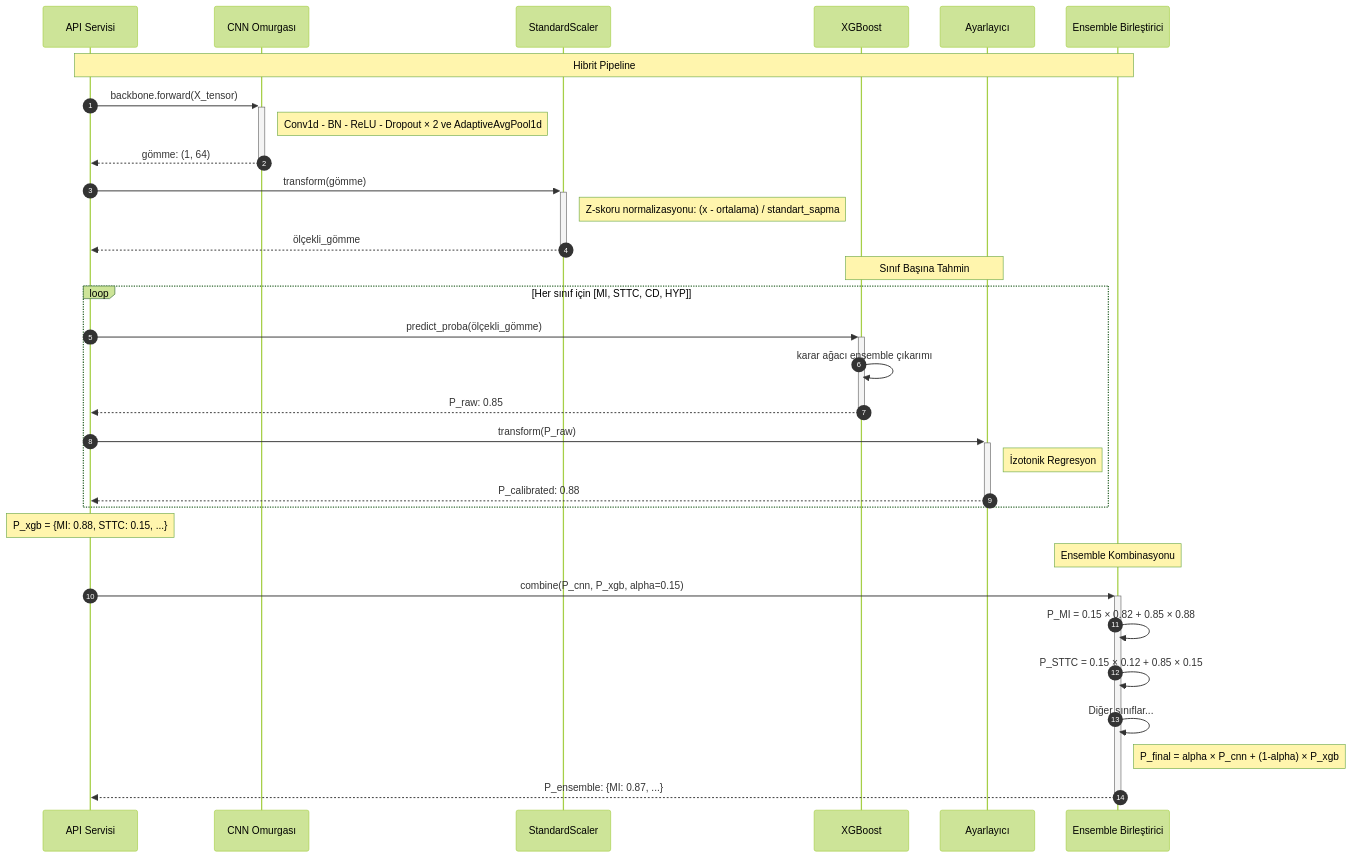
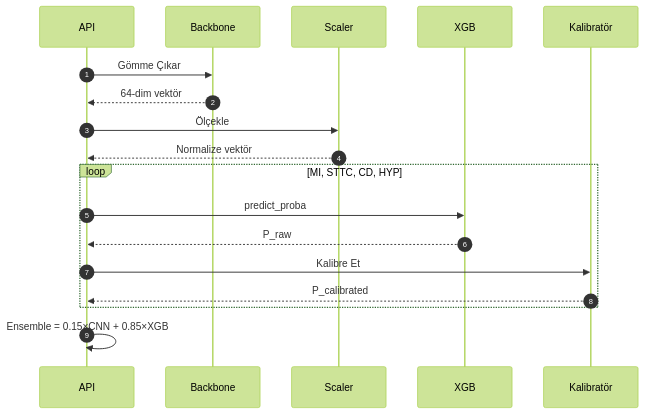
Before and after one commit to mUsaulug/CardioGuard-AI: the fourth of 10 diagrams in docs/diagrams/06_sequence_diagram.md, drawn with Mermaid (forest theme). The commit also changed other lines of this file and 3 other files, not shown here.

````diff
--- a/docs/diagrams/06_sequence_diagram.md
+++ b/docs/diagrams/06_sequence_diagram.md
@@ -283,46 +118,24 @@
 ```mermaid
 sequenceDiagram
     autonumber
+    participant API
+    participant Backbone
+    participant Scaler
+    participant XGB
+    participant Calib as Kalibratör
     
-    participant API as API Servisi
-    participant CNN as CNN Omurgası
-    participant Scaler as StandardScaler
-    participant XGB as XGBoost
-    participant Calib as Ayarlayıcı
-    participant Ensemble as Ensemble Birleştirici
+    API->>Backbone: Gömme Çıkar
+    Backbone-->>API: 64-dim vektör
     
-    Note over API, Ensemble: Hibrit Pipeline
+    API->>Scaler: Ölçekle
+    Scaler-->>API: Normalize vektör
     
-    API->>+CNN: backbone.forward(X_tensor)
-    Note right of CNN: Conv1d - BN - ReLU - Dropout × 2 ve AdaptiveAvgPool1d
-    CNN-->>-API: gömme: (1, 64)
-    
-    API->>+Scaler: transform(gömme)
-    Note right of Scaler: Z-skoru normalizasyonu: (x - ortalama) / standart_sapma
-    Scaler-->>-API: ölçekli_gömme
-    
-    Note over XGB, Calib: Sınıf Başına Tahmin
-    
-    loop Her sınıf için [MI, STTC, CD, HYP]
-        API->>+XGB: predict_proba(ölçekli_gömme)
-        XGB->>XGB: karar ağacı ensemble çıkarımı
-        XGB-->>-API: P_raw: 0.85
-        
-        API->>+Calib: transform(P_raw)
-        Note right of Calib: İzotonik Regresyon
-        Calib-->>-API: P_calibrated: 0.88
+    loop MI, STTC, CD, HYP
+        API->>XGB: predict_proba
+        XGB-->>API: P_raw
+        API->>Calib: Kalibre Et
+        Calib-->>API: P_calibrated
     end
     
-    Note over API: P_xgb = {MI: 0.88, STTC: 0.15, ...}
-    
-    Note over Ensemble: Ensemble Kombinasyonu
-    
-    API->>+Ensemble: combine(P_cnn, P_xgb, alpha=0.15)
-    
-    Ensemble->>Ensemble: P_MI = 0.15 × 0.82 + 0.85 × 0.88
-    Ensemble->>Ensemble: P_STTC = 0.15 × 0.12 + 0.85 × 0.15
-    Ensemble->>Ensemble: Diğer sınıflar...
-    
-    Note right of Ensemble: P_final = alpha × P_cnn + (1-alpha) × P_xgb
-    Ensemble-->>-API: P_ensemble: {MI: 0.87, ...}
+    API->>API: Ensemble = 0.15×CNN + 0.85×XGB
 ```
````
